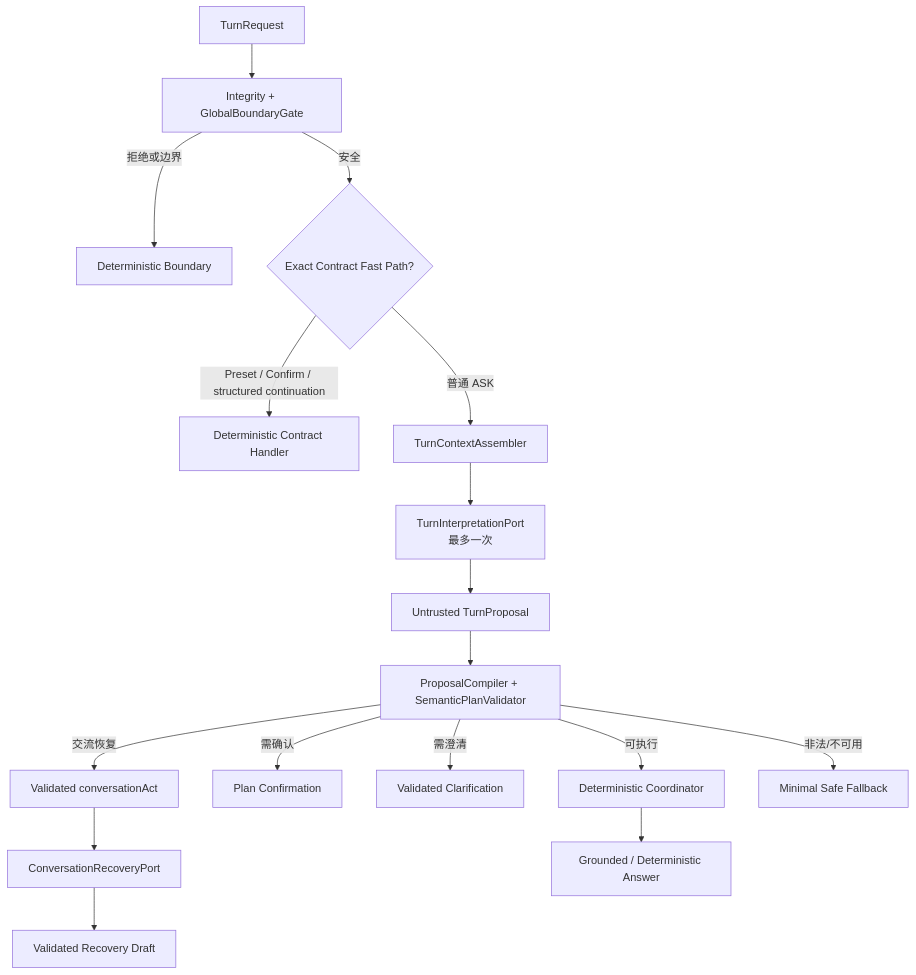
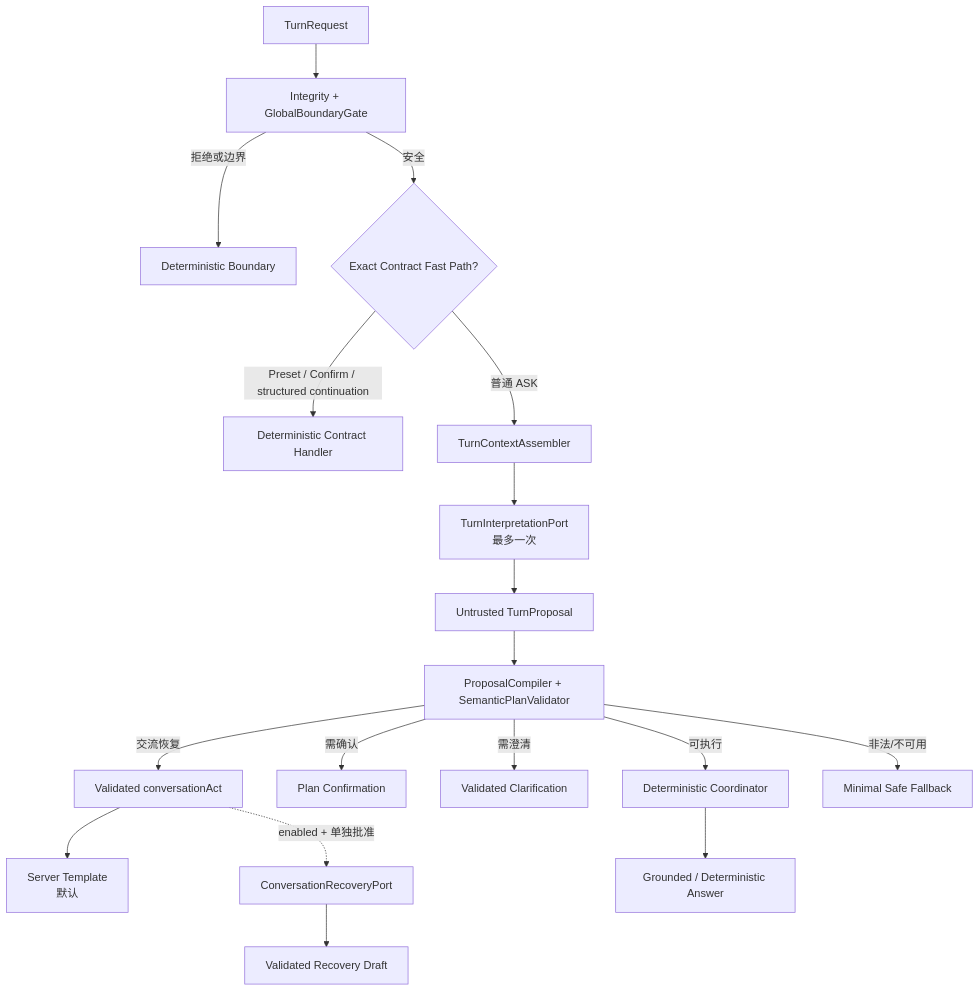
The diagram in docs/superpowers/specs/2026-08-16-model-led-agent-orchestration-design.md (creeper521/portfolio-agent), drawn with Mermaid before and after one commit. The commit also changed other lines of this file and 2 other files, not shown here.

````diff
--- a/docs/superpowers/specs/2026-08-16-model-led-agent-orchestration-design.md
+++ b/docs/superpowers/specs/2026-08-16-model-led-agent-orchestration-design.md
@@ -103,19 +103,20 @@
 ```mermaid
 flowchart TD
     I["TurnRequest"] --> G["Integrity + GlobalBoundaryGate"]
     G -->|"拒绝或边界"| B["Deterministic Boundary"]
     G -->|"安全"| F{"Exact Contract Fast Path?"}
     F -->|"Preset / Confirm / structured continuation"| X["Deterministic Contract Handler"]
     F -->|"普通 ASK"| C["TurnContextAssembler"]
     C --> M["TurnInterpretationPort\n最多一次"]
     M --> P["Untrusted TurnProposal"]
     P --> V["ProposalCompiler + SemanticPlanValidator"]
     V -->|"可执行"| E["Deterministic Coordinator"]
     V -->|"需确认"| Q["Plan Confirmation"]
     V -->|"需澄清"| L["Validated Clarification"]
     V -->|"交流恢复"| R["Validated conversationAct"]
-    R --> CR["ConversationRecoveryPort"]
+    R --> T["Server Template\n默认"]
+    R -.->|"enabled + 单独批准"| CR["ConversationRecoveryPort"]
     CR --> CD["Validated Recovery Draft"]
     V -->|"非法/不可用"| D["Minimal Safe Fallback"]
     E --> A["Grounded / Deterministic Answer"]
 ```
````
